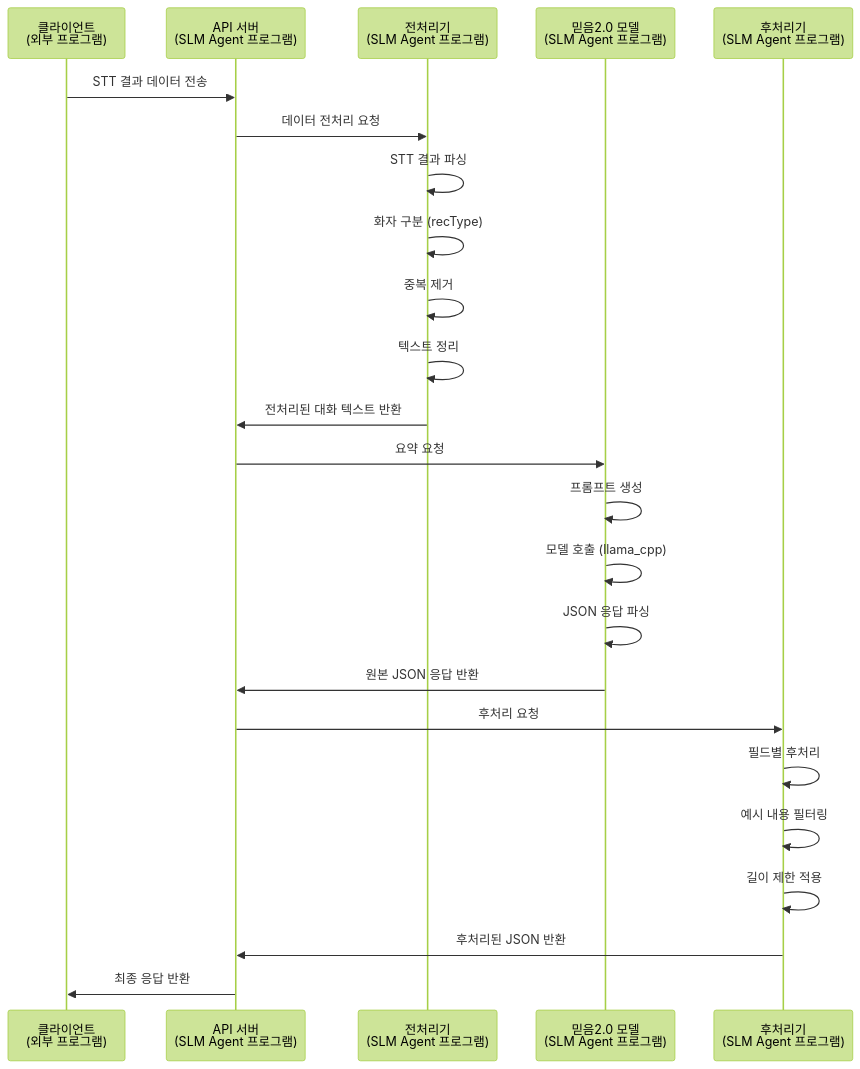
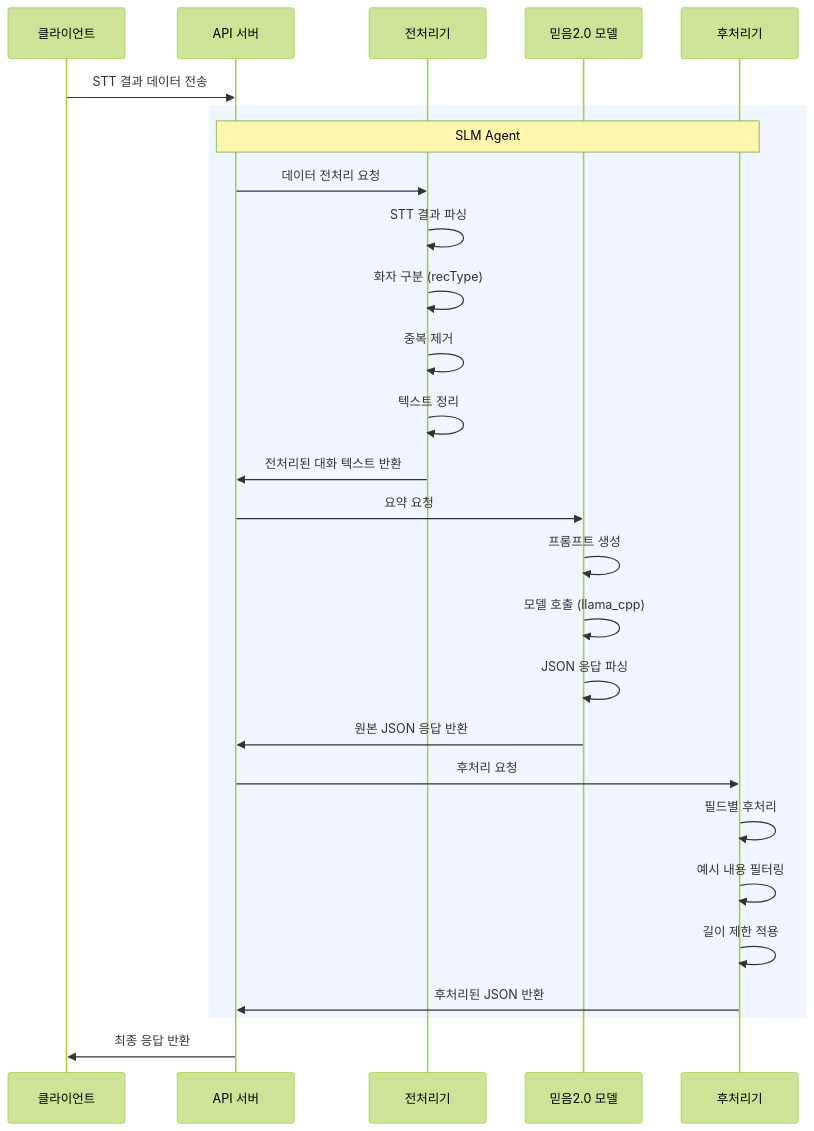
One commit to hak023/gemma-summarizer-poc changed the third of 4 diagrams in workflow_diagram.md. Above: the diagram before and after it, drawn with Mermaid (forest theme). The commit also changed 2 other files, not shown here.

Commit message:
올바른 SLM Agent 그룹핑 적용: participant 원래 이름 + rect 구문
- participant 이름을 원래대로 복원 (라벨 표기 제거)
- rect rgb(240, 245, 255)로 SLM Agent 내부 컴포넌트들을 그룹핑
- sequence_diagram.md: 5개 시퀀스 다이어그램에 SLM Agent rect 적용
- workflow_diagram.md: 데이터 흐름 시퀀스 다이어그램에 SLM Agent rect 적용
- class_diagram.md: 스테레오타입을 'SLM Agent'로 간소화
- participant는 깔끔하게 유지하고 rect로만 그룹핑하여 가독성 향상

````diff
--- a/workflow_diagram.md
+++ b/workflow_diagram.md
@@ -79,31 +79,35 @@
 ```mermaid
 sequenceDiagram
-    participant Client as 클라이언트<br/>(외부 프로그램)
-    participant API as API 서버<br/>(SLM Agent 프로그램)
-    participant Preprocessor as 전처리기<br/>(SLM Agent 프로그램)
-    participant Gemma as 믿음2.0 모델<br/>(SLM Agent 프로그램)
-    participant Postprocessor as 후처리기<br/>(SLM Agent 프로그램)
+    participant Client as 클라이언트
+    participant API as API 서버
+    participant Preprocessor as 전처리기
+    participant Gemma as 믿음2.0 모델
+    participant Postprocessor as 후처리기
     
     Client->>API: STT 결과 데이터 전송
-    API->>Preprocessor: 데이터 전처리 요청
     
-    Preprocessor->>Preprocessor: STT 결과 파싱
-    Preprocessor->>Preprocessor: 화자 구분 (recType)
-    Preprocessor->>Preprocessor: 중복 제거
-    Preprocessor->>Preprocessor: 텍스트 정리
-    Preprocessor->>API: 전처리된 대화 텍스트 반환
-    
-    API->>Gemma: 요약 요청
-    Gemma->>Gemma: 프롬프트 생성
-    Gemma->>Gemma: 모델 호출 (llama_cpp)
-    Gemma->>Gemma: JSON 응답 파싱
-    Gemma->>API: 원본 JSON 응답 반환
-    
-    API->>Postprocessor: 후처리 요청
-    Postprocessor->>Postprocessor: 필드별 후처리
-    Postprocessor->>Postprocessor: 예시 내용 필터링
-    Postprocessor->>Postprocessor: 길이 제한 적용
-    Postprocessor->>API: 후처리된 JSON 반환
+    rect rgb(240, 245, 255)
+        Note over API,Postprocessor: SLM Agent
+        API->>Preprocessor: 데이터 전처리 요청
+        
+        Preprocessor->>Preprocessor: STT 결과 파싱
+        Preprocessor->>Preprocessor: 화자 구분 (recType)
+        Preprocessor->>Preprocessor: 중복 제거
+        Preprocessor->>Preprocessor: 텍스트 정리
+        Preprocessor->>API: 전처리된 대화 텍스트 반환
+        
+        API->>Gemma: 요약 요청
+        Gemma->>Gemma: 프롬프트 생성
+        Gemma->>Gemma: 모델 호출 (llama_cpp)
+        Gemma->>Gemma: JSON 응답 파싱
+        Gemma->>API: 원본 JSON 응답 반환
+        
+        API->>Postprocessor: 후처리 요청
+        Postprocessor->>Postprocessor: 필드별 후처리
+        Postprocessor->>Postprocessor: 예시 내용 필터링
+        Postprocessor->>Postprocessor: 길이 제한 적용
+        Postprocessor->>API: 후처리된 JSON 반환
+    end
     
     API->>Client: 최종 응답 반환
 ```
````
